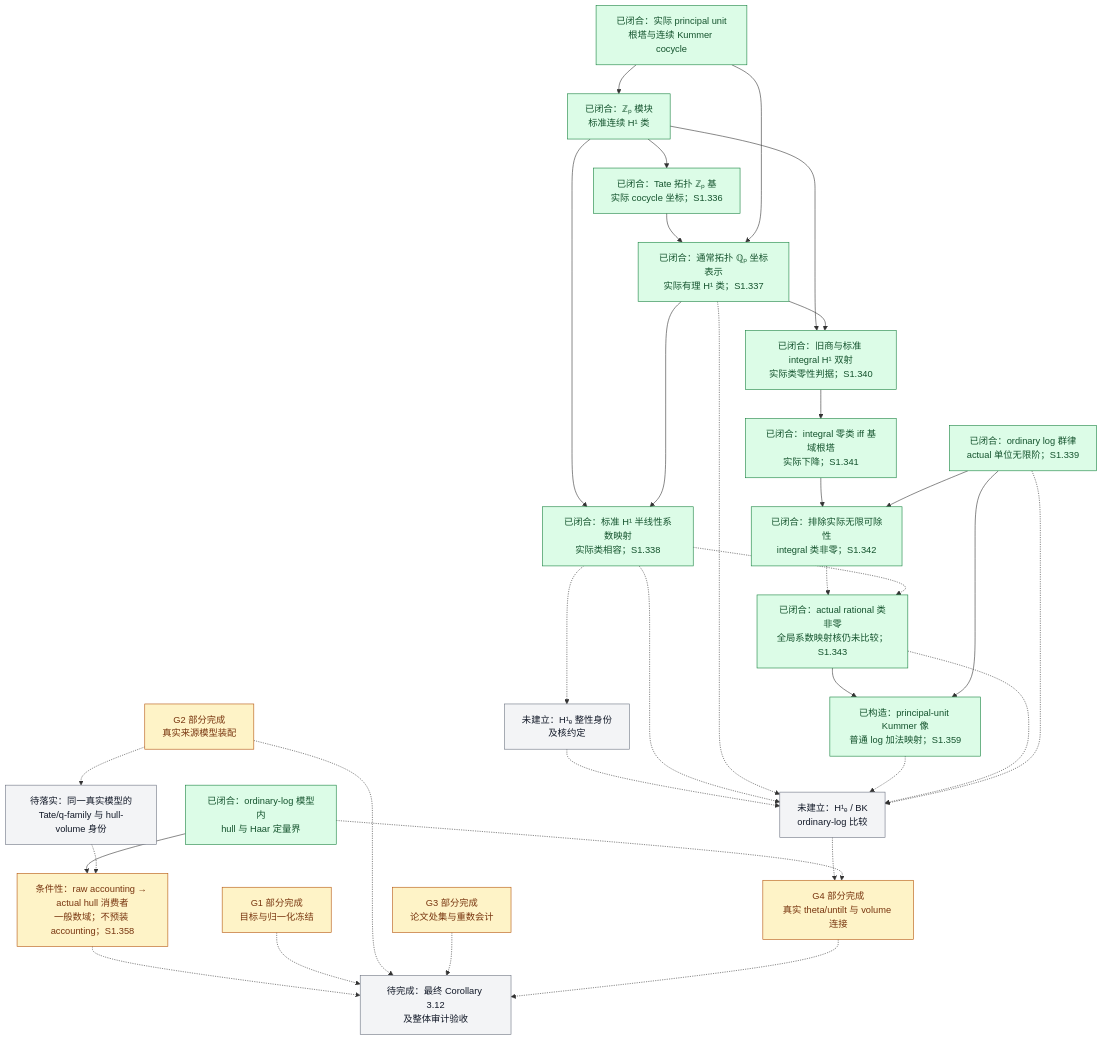
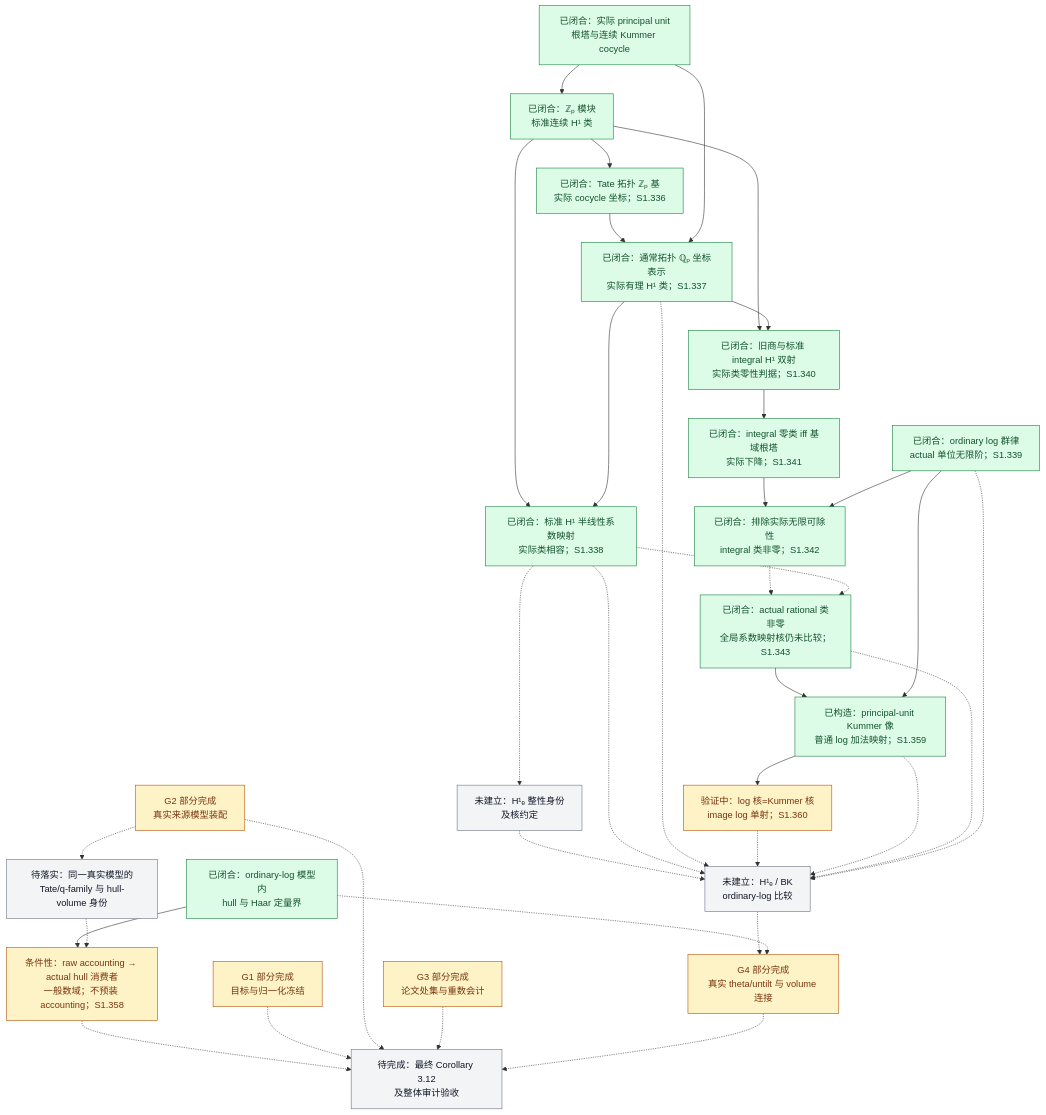
The diagram in docs/Scene1进度总览.md (Ember-Institute/KirtiJoshi-abc), drawn with Mermaid before and after one commit. The commit also changed other lines of this file and 4 other files, not shown here.

````diff
--- a/docs/Scene1进度总览.md
+++ b/docs/Scene1进度总览.md
@@ -75,67 +75,70 @@
 ```mermaid
 flowchart TD
     K["已闭合：实际 principal unit<br/>根塔与连续 Kummer cocycle"]
     Z["已闭合：ℤₚ 模块<br/>标准连续 H¹ 类"]
     T["已闭合：Tate 拓扑 ℤₚ 基<br/>实际 cocycle 坐标；S1.336"]
     Q["已闭合：通常拓扑 ℚₚ 坐标表示<br/>实际有理 H¹ 类；S1.337"]
     I["已闭合：标准 H¹ 半线性系数映射<br/>实际类相容；S1.338"]
     J["未建立：H¹ₑ 整性身份<br/>及核约定"]
     C0["已闭合：旧商与标准 integral H¹ 双射<br/>实际类零性判据；S1.340"]
     R0["已闭合：integral 零类 iff 基域根塔<br/>实际下降；S1.341"]
     N0["已闭合：排除实际无限可除性<br/>integral 类非零；S1.342"]
     NQ["已闭合：actual rational 类非零<br/>全局系数映射核仍未比较；S1.343"]
     KL["已构造：principal-unit Kummer 像<br/>普通 log 加法映射；S1.359"]
+    KK["验证中：log 核=Kummer 核<br/>image log 单射；S1.360"]
     B["未建立：H¹ₑ / BK<br/>ordinary-log 比较"]
     H["已闭合：ordinary-log 模型内<br/>hull 与 Haar 定量界"]
     L["已闭合：ordinary log 群律<br/>actual 单位无限阶；S1.339"]
     V["G4 部分完成<br/>真实 theta/untilt 与 volume 连接"]
     G1["G1 部分完成<br/>目标与归一化冻结"]
     G2["G2 部分完成<br/>真实来源模型装配"]
     G3["G3 部分完成<br/>论文处集与重数会计"]
     RH["条件性：raw accounting → actual hull 消费者<br/>一般数域；不预装 accounting；S1.358"]
     VH["待落实：同一真实模型的<br/>Tate/q-family 与 hull-volume 身份"]
     C["待完成：最终 Corollary 3.12<br/>及整体审计验收"]
 
     K --> Z
     Z --> T
     T --> Q
     K --> Q
     Z --> I
     Q --> I
     I -.-> J
     J -.-> B
     I -.-> B
     Q -.-> B
     Z --> C0
     Q --> C0
     C0 --> R0
     R0 --> N0
     L --> N0
     N0 -.-> NQ
     I -.-> NQ
     NQ --> KL
     L --> KL
+    KL --> KK
+    KK -.-> B
     KL -.-> B
     NQ -.-> B
     L -.-> B
     B -.-> V
     H -.-> V
     H --> RH
     G2 -.-> VH
     VH -.-> RH
     RH -.-> C
     G1 -.-> C
     G2 -.-> C
     G3 -.-> C
     V -.-> C
 
     classDef done fill:#dcfce7,stroke:#15803d,color:#14532d;
     classDef partial fill:#fef3c7,stroke:#b45309,color:#78350f;
     classDef open fill:#f3f4f6,stroke:#6b7280,color:#111827;
     class K,Z,T,Q,H,I,L,C0,R0,N0 done;
     class G1,G2,G3,V partial;
     class J,B,C,VH open;
-    class RH partial;
+    class RH,KK partial;
     class KL done;
     class NQ done;
 ```
````
